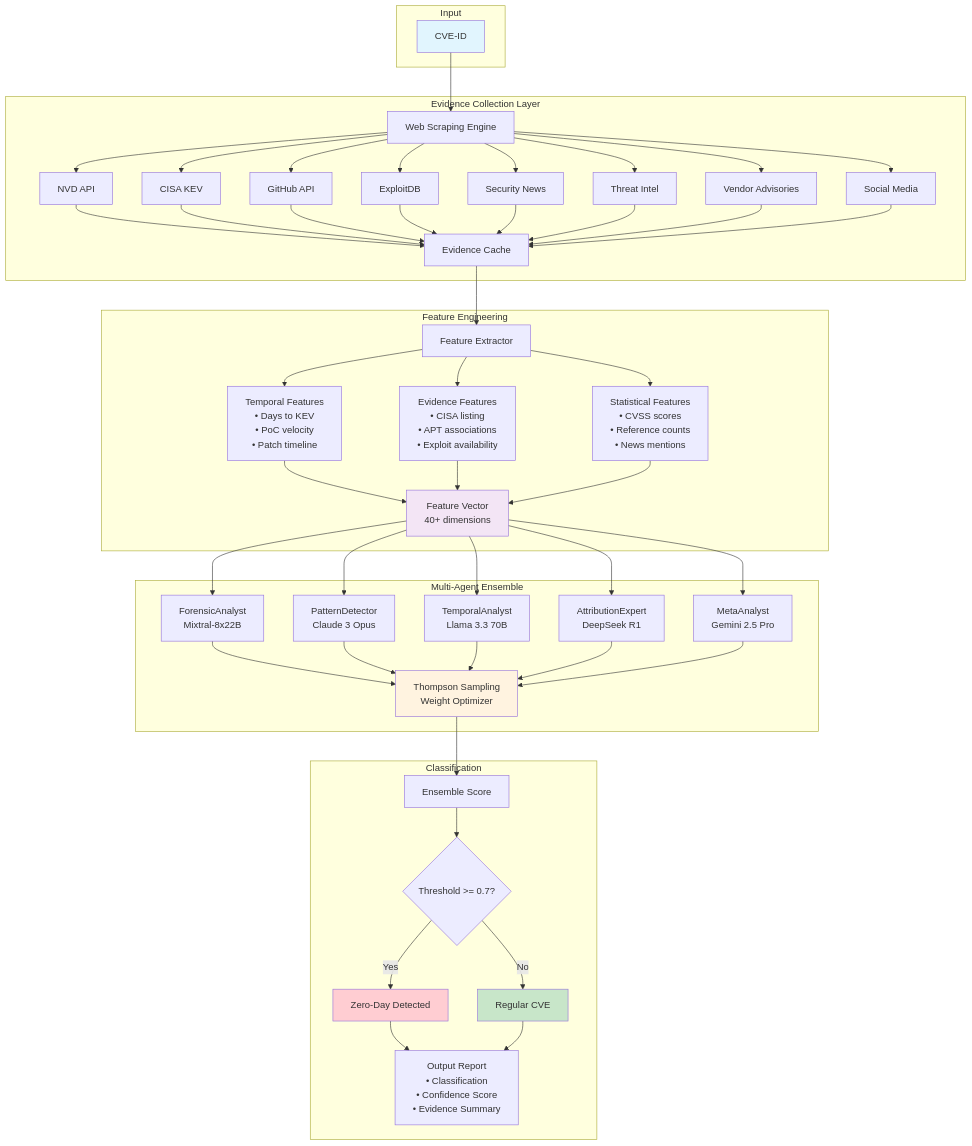
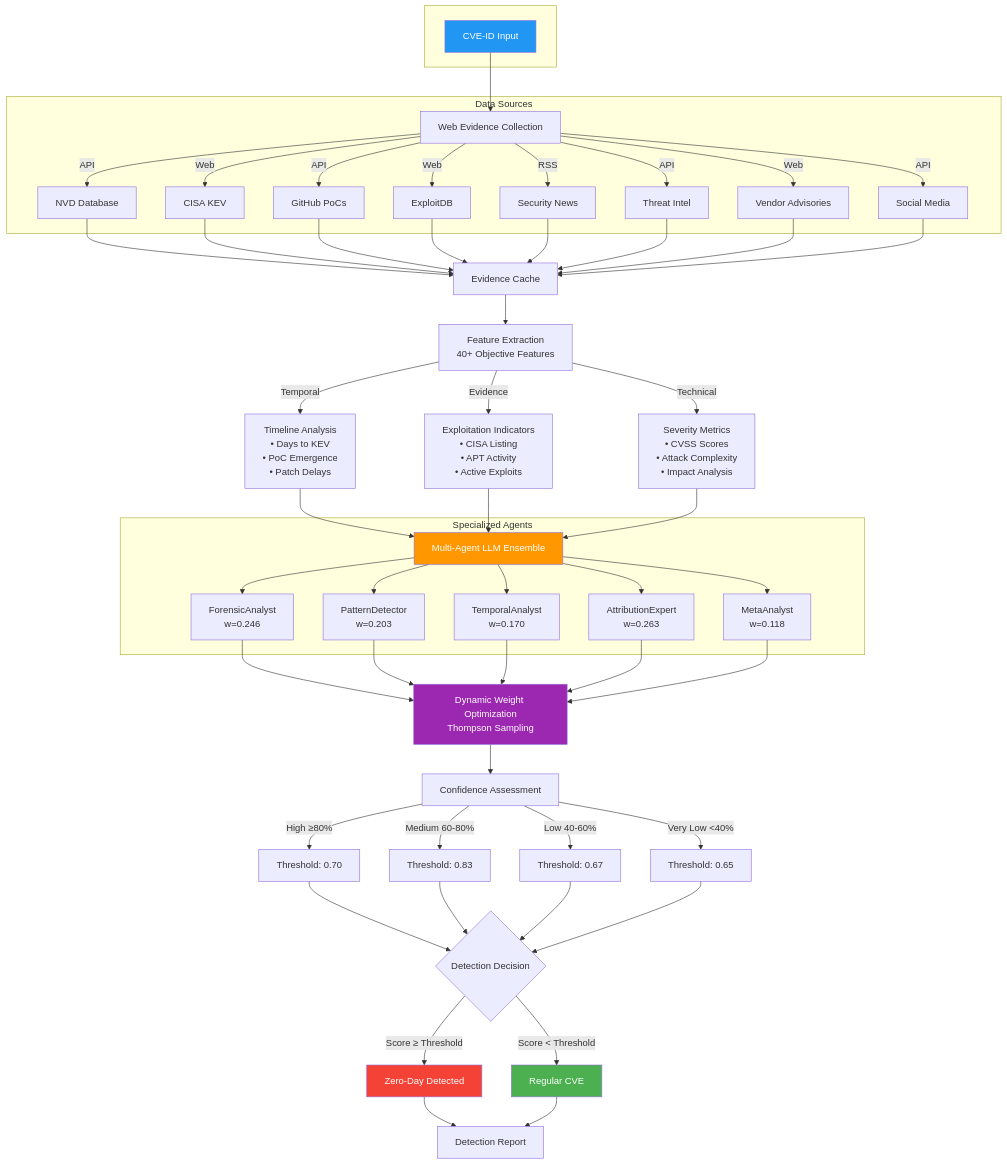
Before and after one commit to lodetomasi/zero-day-llm-ensemble: the diagram in README.md, drawn with Mermaid. The commit also changed other lines of this file and 36 other files, not shown here.

````diff
--- a/README.md
+++ b/README.md
@@ -27,68 +23,76 @@
 ```mermaid
-graph TB
-    subgraph Input
-        CVE[CVE-ID]
+graph TD
+    subgraph " "
+        CVE[CVE-ID Input]
     end
     
-    subgraph "Evidence Collection Layer"
-        CVE --> WS[Web Scraping Engine]
-        WS --> S1[NVD API]
-        WS --> S2[CISA KEV]
-        WS --> S3[GitHub API]
-        WS --> S4[ExploitDB]
-        WS --> S5[Security News]
-        WS --> S6[Threat Intel]
-        WS --> S7[Vendor Advisories]
-        WS --> S8[Social Media]
-        
-        S1 --> EC[Evidence Cache]
-        S2 --> EC
-        S3 --> EC
-        S4 --> EC
-        S5 --> EC
-        S6 --> EC
-        S7 --> EC
-        S8 --> EC
+    CVE --> SCRAPER[Web Evidence Collection]
+    
+    subgraph "Data Sources"
+        SCRAPER --> |API| NVD[NVD Database]
+        SCRAPER --> |Web| CISA[CISA KEV]
+        SCRAPER --> |API| GH[GitHub PoCs]
+        SCRAPER --> |Web| EDB[ExploitDB]
+        SCRAPER --> |RSS| NEWS[Security News]
+        SCRAPER --> |API| TI[Threat Intel]
+        SCRAPER --> |Web| VENDOR[Vendor Advisories]
+        SCRAPER --> |API| SOCIAL[Social Media]
     end
     
-    subgraph "Feature Engineering"
-        EC --> FE[Feature Extractor]
-        FE --> TF[Temporal Features<br/>• Days to KEV<br/>• PoC velocity<br/>• Patch timeline]
-        FE --> EF[Evidence Features<br/>• CISA listing<br/>• APT associations<br/>• Exploit availability]
-        FE --> SF[Statistical Features<br/>• CVSS scores<br/>• Reference counts<br/>• News mentions]
-        
-        TF --> FV[Feature Vector<br/>40+ dimensions]
-        EF --> FV
-        SF --> FV
+    NVD --> CACHE[Evidence Cache]
+    CISA --> CACHE
+    GH --> CACHE
+    EDB --> CACHE
+    NEWS --> CACHE
+    TI --> CACHE
+    VENDOR --> CACHE
+    SOCIAL --> CACHE
+    
+    CACHE --> FE[Feature Extraction<br/>40+ Objective Features]
+    
+    FE --> |Temporal| TF[Timeline Analysis<br/>• Days to KEV<br/>• PoC Emergence<br/>• Patch Delays]
+    FE --> |Evidence| EF[Exploitation Indicators<br/>• CISA Listing<br/>• APT Activity<br/>• Active Exploits]
+    FE --> |Technical| SF[Severity Metrics<br/>• CVSS Scores<br/>• Attack Complexity<br/>• Impact Analysis]
+    
+    TF --> ENSEMBLE[Multi-Agent LLM Ensemble]
+    EF --> ENSEMBLE
+    SF --> ENSEMBLE
+    
+    subgraph "Specialized Agents"
+        ENSEMBLE --> FA[ForensicAnalyst<br/>w=0.246]
+        ENSEMBLE --> PD[PatternDetector<br/>w=0.203]
+        ENSEMBLE --> TA[TemporalAnalyst<br/>w=0.170]
+        ENSEMBLE --> AE[AttributionExpert<br/>w=0.263]
+        ENSEMBLE --> MA[MetaAnalyst<br/>w=0.118]
     end
     
-    subgraph "Multi-Agent Ensemble"
-        FV --> A1[ForensicAnalyst<br/>Mixtral-8x22B]
-        FV --> A2[PatternDetector<br/>Claude 3 Opus]
-        FV --> A3[TemporalAnalyst<br/>Llama 3.3 70B]
-        FV --> A4[AttributionExpert<br/>DeepSeek R1]
-        FV --> A5[MetaAnalyst<br/>Gemini 2.5 Pro]
-        
-        A1 --> TS[Thompson Sampling<br/>Weight Optimizer]
-        A2 --> TS
-        A3 --> TS
-        A4 --> TS
-        A5 --> TS
-    end
+    FA --> THOMPSON[Dynamic Weight Optimization<br/>Thompson Sampling]
+    PD --> THOMPSON
+    TA --> THOMPSON
+    AE --> THOMPSON
+    MA --> THOMPSON
     
-    subgraph "Classification"
-        TS --> ES[Ensemble Score]
-        ES --> TH{Threshold >= 0.7?}
-        TH -->|Yes| ZD[Zero-Day Detected]
-        TH -->|No| REG[Regular CVE]
-        
-        ZD --> OUT[Output Report<br/>• Classification<br/>• Confidence Score<br/>• Evidence Summary]
-        REG --> OUT
-    end
+    THOMPSON --> CONF[Confidence Assessment]
     
-    style CVE fill:#e1f5fe
-    style ZD fill:#ffcdd2
-    style REG fill:#c8e6c9
-    style TS fill:#fff3e0
-    style FV fill:#f3e5f5
+    CONF --> |High ≥80%| TH1[Threshold: 0.70]
+    CONF --> |Medium 60-80%| TH2[Threshold: 0.83]
+    CONF --> |Low 40-60%| TH3[Threshold: 0.67]
+    CONF --> |Very Low <40%| TH4[Threshold: 0.65]
+    
+    TH1 --> DECISION{Detection Decision}
+    TH2 --> DECISION
+    TH3 --> DECISION
+    TH4 --> DECISION
+    
+    DECISION --> |Score ≥ Threshold| ZERODAY[Zero-Day Detected]
+    DECISION --> |Score < Threshold| REGULAR[Regular CVE]
+    
+    ZERODAY --> REPORT[Detection Report]
+    REGULAR --> REPORT
+    
+    style CVE fill:#2196F3,color:#fff
+    style ZERODAY fill:#F44336,color:#fff
+    style REGULAR fill:#4CAF50,color:#fff
+    style ENSEMBLE fill:#FF9800,color:#fff
+    style THOMPSON fill:#9C27B0,color:#fff
 ```
````
